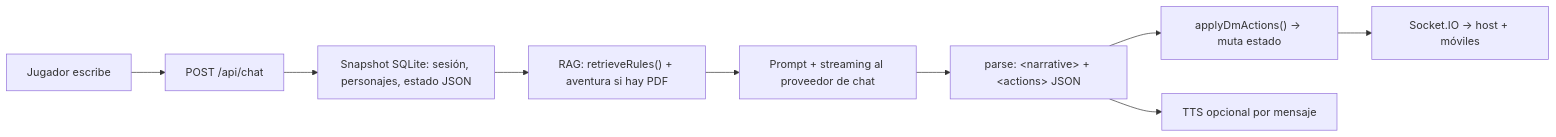
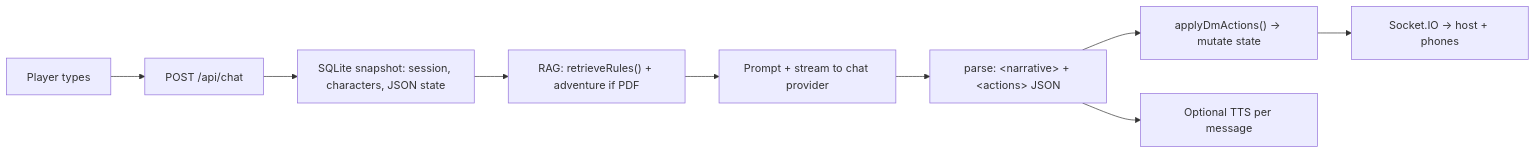
The first of 2 diagrams in README.md (quieloworks/AI-DMa), drawn with Mermaid before and after one commit. The commit also changed other lines of this file and 1 other file, not shown here.

````diff
--- a/README.md
+++ b/README.md
@@ -37,11 +37,11 @@
 ```mermaid
 flowchart LR
-  A[Jugador escribe] --> B["POST /api/chat"]
-  B --> C[Snapshot SQLite: sesión, personajes, estado JSON]
-  C --> D["RAG: retrieveRules() + aventura si hay PDF"]
-  D --> E["Prompt + streaming al proveedor de chat"]
+  A[Player types] --> B["POST /api/chat"]
+  B --> C[SQLite snapshot: session, characters, JSON state]
+  C --> D["RAG: retrieveRules() + adventure if PDF"]
+  D --> E["Prompt + stream to chat provider"]
   E --> F["parse: &lt;narrative&gt; + &lt;actions&gt; JSON"]
-  F --> G["applyDmActions() → muta estado"]
-  G --> H["Socket.IO → host + móviles"]
-  F --> I["TTS opcional por mensaje"]
+  F --> G["applyDmActions() → mutate state"]
+  G --> H["Socket.IO → host + phones"]
+  F --> I["Optional TTS per message"]
 ```
````
